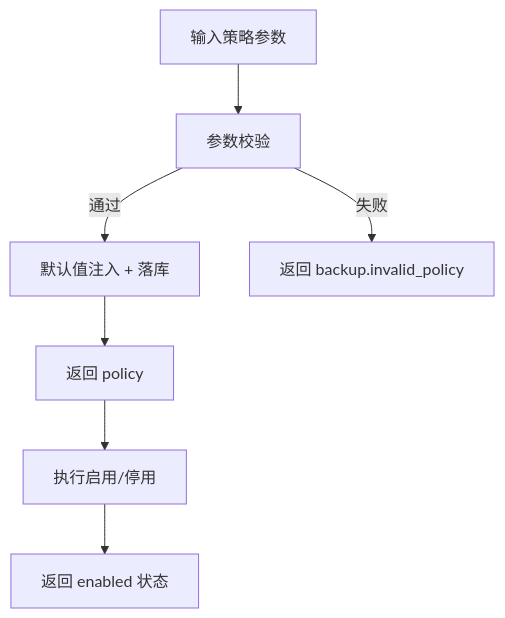
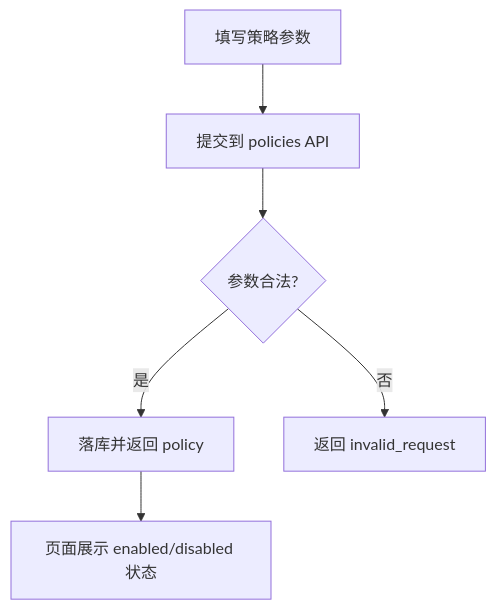
One commit to ArtisanCloud/PowerX changed the second of 3 diagrams in docs/guides/deploy/027-monitor-center/usecase-us1-policy-automation.md. Above: the diagram before and after it, drawn with Mermaid. The commit also changed other lines of this file and 32 other files, not shown here.

````diff
--- a/docs/guides/deploy/027-monitor-center/usecase-us1-policy-automation.md
+++ b/docs/guides/deploy/027-monitor-center/usecase-us1-policy-automation.md
@@ -21,9 +33,8 @@
 ```mermaid
 flowchart TD
-  A[输入策略参数] --> B[参数校验]
-  B -->|通过| C[默认值注入 + 落库]
-  B -->|失败| E[返回 backup.invalid_policy]
-  C --> D[返回 policy]
-  D --> F[执行启用/停用]
-  F --> G[返回 enabled 状态]
+  A[填写策略参数] --> B[提交到 policies API]
+  B --> C{参数合法?}
+  C -->|是| D[落库并返回 policy]
+  C -->|否| E[返回 invalid_request]
+  D --> F[页面展示 enabled/disabled 状态]
 ```
````
